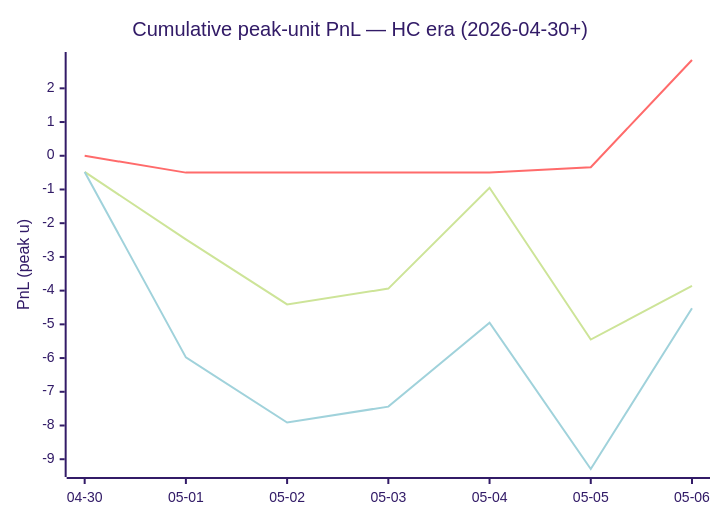
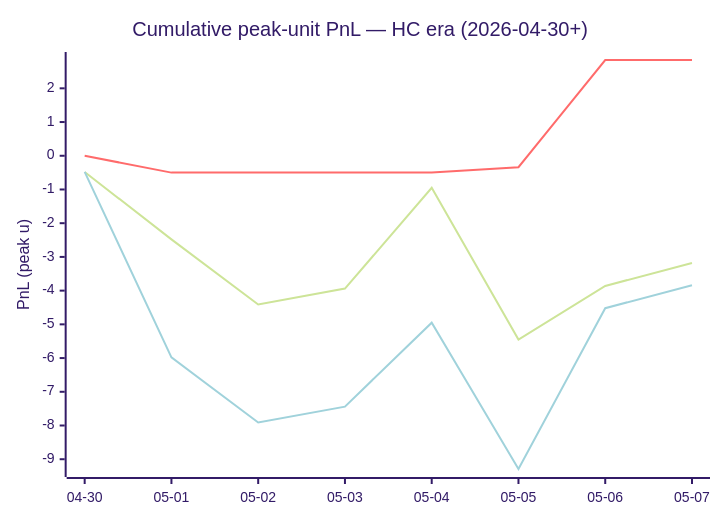
The diagram in DAILY_V6_REPORT.md (dpk1212/nhl-savant), drawn with Mermaid (forest theme) before and after one commit. The commit also changed other lines of this file, not shown here.

````diff
--- a/DAILY_V6_REPORT.md
+++ b/DAILY_V6_REPORT.md
@@ -159,9 +154,9 @@
 ```mermaid
 xychart-beta
     title "Cumulative peak-unit PnL — HC era (2026-04-30+)"
-    x-axis ["04-30", "05-01", "05-02", "05-03", "05-04", "05-05", "05-06"]
+    x-axis ["04-30", "05-01", "05-02", "05-03", "05-04", "05-05", "05-06", "05-07"]
     y-axis "PnL (peak u)"
-    line "HC ≥ +1" [-0.48, -2.48, -4.41, -3.94, -0.95, -5.45, -3.86]
-    line "HC = 0"  [0.00, -0.50, -0.50, -0.50, -0.50, -0.34, 2.84]
-    line "All (HC era)" [-0.48, -5.98, -7.91, -7.44, -4.95, -9.29, -4.52]
+    line "HC ≥ +1" [-0.48, -2.48, -4.41, -3.94, -0.95, -5.45, -3.86, -3.18]
+    line "HC = 0"  [0.00, -0.50, -0.50, -0.50, -0.50, -0.34, 2.84, 2.84]
+    line "All (HC era)" [-0.48, -5.98, -7.91, -7.44, -4.95, -9.29, -4.52, -3.84]
 ```
````
